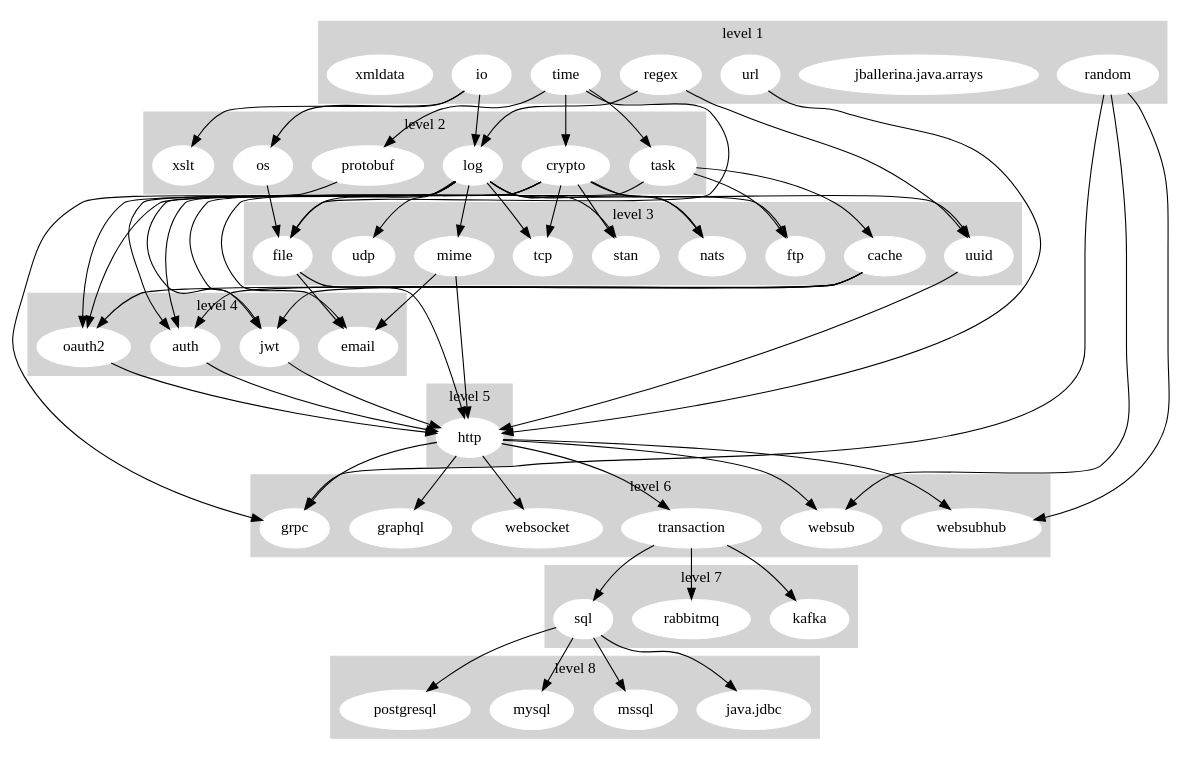
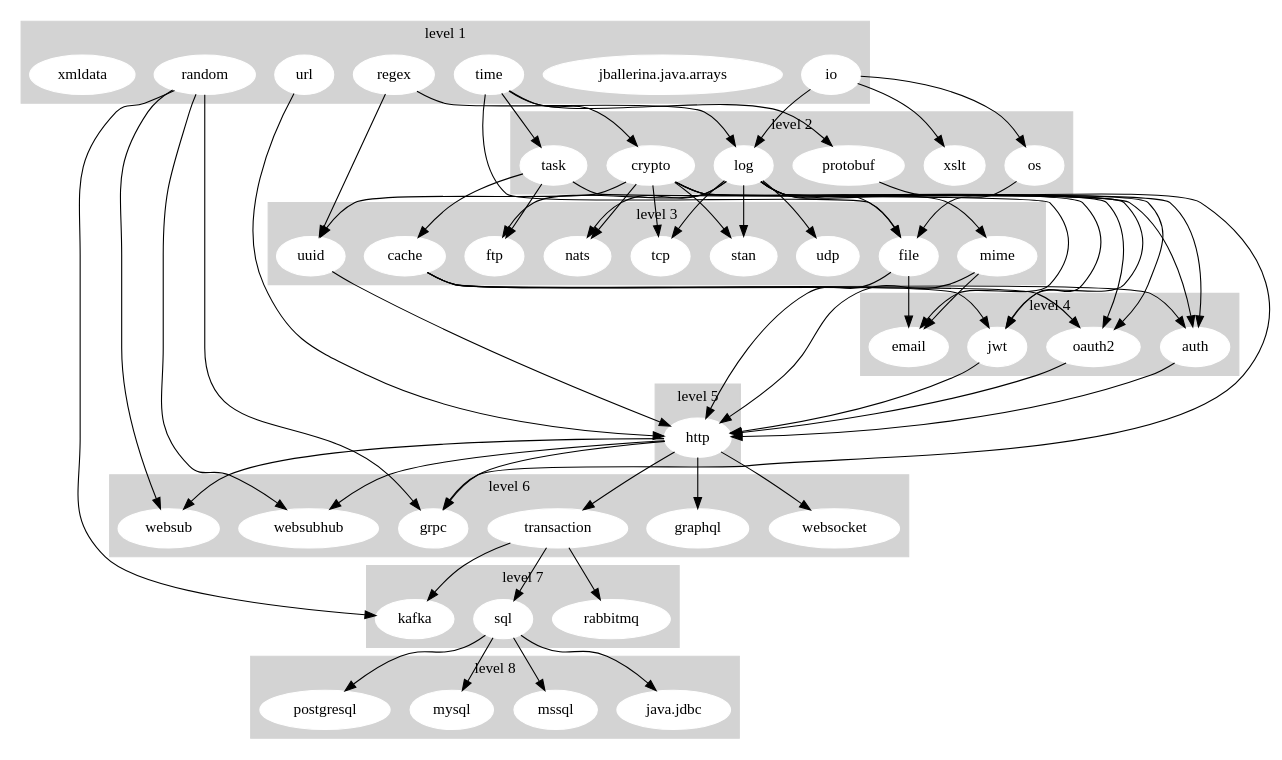
The diagram in dashboard/stdlib_graph.gv (ballerina-platform/ballerina-release), drawn with Graphviz before and after one commit.

Commit message:
[Automated] Update Stdlib Dependency Graph

```diff
--- a/dashboard/stdlib_graph.gv
+++ b/dashboard/stdlib_graph.gv
@@ -1,141 +1,142 @@
 digraph "Stdlib Dependency Graph" {
 	subgraph cluster_1 {
 		node [color=white style=filled]
 		color=lightgrey style=filled
 		io
 		"jballerina.java.arrays"
 		random
 		regex
 		time
 		url
 		xmldata
 		label="level 1"
 	}
 	subgraph cluster_2 {
 		node [color=white style=filled]
 		color=lightgrey style=filled
 		crypto
 		log
 		os
 		protobuf
 		task
 		xslt
 		label="level 2"
 	}
 	subgraph cluster_3 {
 		node [color=white style=filled]
 		color=lightgrey style=filled
 		cache
 		file
 		ftp
 		mime
 		nats
 		stan
 		tcp
 		udp
 		uuid
 		label="level 3"
 	}
 	subgraph cluster_4 {
 		node [color=white style=filled]
 		color=lightgrey style=filled
 		auth
 		email
 		jwt
 		oauth2
 		label="level 4"
 	}
 	subgraph cluster_5 {
 		node [color=white style=filled]
 		color=lightgrey style=filled
 		http
 		label="level 5"
 	}
 	subgraph cluster_6 {
 		node [color=white style=filled]
 		color=lightgrey style=filled
 		graphql
 		grpc
 		transaction
 		websocket
 		websub
 		websubhub
 		label="level 6"
 	}
 	subgraph cluster_7 {
 		node [color=white style=filled]
 		color=lightgrey style=filled
 		kafka
 		rabbitmq
 		sql
 		label="level 7"
 	}
 	subgraph cluster_8 {
 		node [color=white style=filled]
 		color=lightgrey style=filled
 		"java.jdbc"
 		mssql
 		mysql
 		postgresql
 		label="level 8"
 	}
 	io -> log
 	io -> os
 	io -> xslt
 	random -> grpc
+	random -> kafka
 	random -> websub
 	random -> websubhub
 	regex -> log
 	regex -> uuid
 	time -> crypto
 	time -> file
 	time -> protobuf
 	time -> task
 	url -> http
 	crypto -> auth
 	crypto -> jwt
 	crypto -> nats
 	crypto -> oauth2
 	crypto -> stan
 	crypto -> tcp
 	crypto -> uuid
 	log -> auth
 	log -> file
 	log -> ftp
 	log -> jwt
 	log -> mime
 	log -> nats
 	log -> oauth2
 	log -> stan
 	log -> tcp
 	log -> udp
 	os -> file
 	protobuf -> grpc
 	task -> cache
 	task -> email
 	task -> ftp
 	cache -> auth
 	cache -> jwt
 	cache -> oauth2
 	file -> email
 	file -> http
 	mime -> email
 	mime -> http
 	uuid -> http
 	auth -> http
 	jwt -> http
 	oauth2 -> http
 	http -> graphql
 	http -> grpc
 	http -> transaction
 	http -> websocket
 	http -> websub
 	http -> websubhub
 	transaction -> kafka
 	transaction -> rabbitmq
 	transaction -> sql
 	sql -> "java.jdbc"
 	sql -> mssql
 	sql -> mysql
 	sql -> postgresql
 }
```
